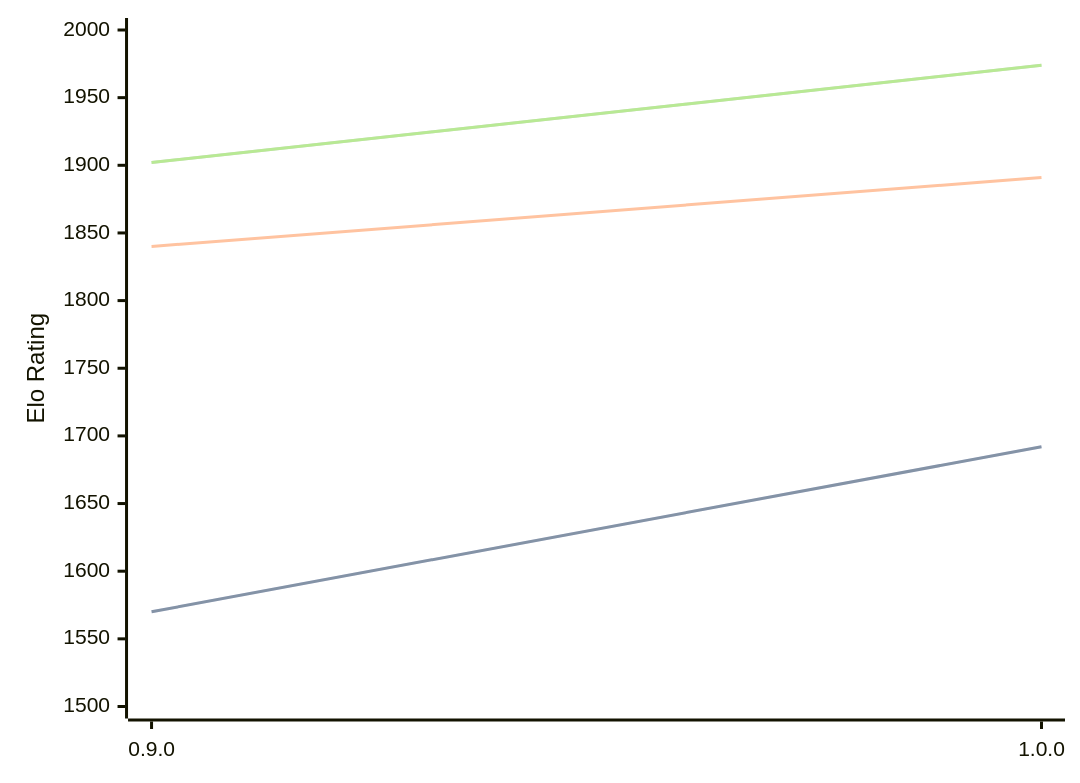
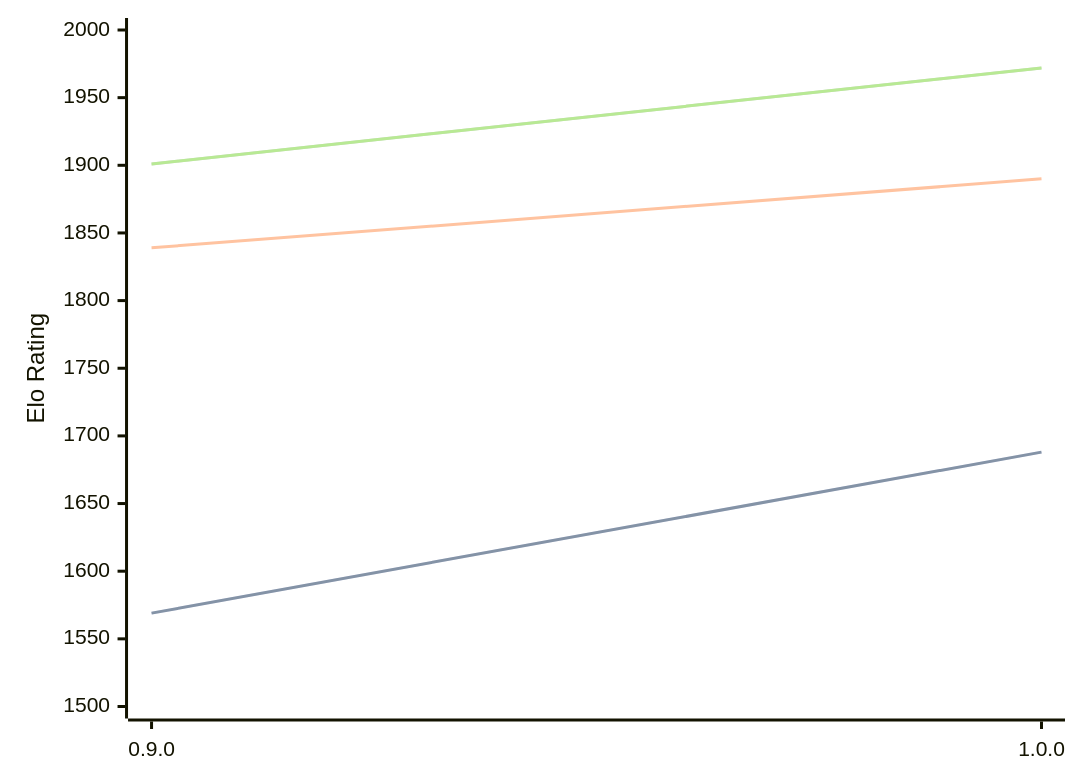
The diagram in engines/Ratsu.md (computer-chess-index/cci), drawn with Mermaid before and after one commit. The commit also changed other lines of this file, not shown here.

Commit message:
Update CCI Ratings (ELO VLTC) - 2026-03-05

````diff
--- a/engines/Ratsu.md
+++ b/engines/Ratsu.md
@@ -30,11 +30,11 @@
 ```mermaid
 %%{init: {"theme":"base","themeVariables":{"seriesColors:['#a3a3a3','#222221','#faa371']}}}%%
 xychart-beta
   x-axis ["0.9.0", "1.0.0"]
   y-axis "Elo Rating" 1500 --> 2000
-  line "STC (8.0+0.08s)" [1570, 1692]
-  line "STC (8.0+0.08s)" [1570, 1692]
-  line "LTC (60.0+0.60s)" [1840, 1891]
-  line "VLTC (2m24s+1.12s)" [1902, 1974]
-  line "VLTC (2m24s+1.12s)" [1902, 1974]
+  line "STC (8.0+0.08s)" [1569, 1688]
+  line "STC (8.0+0.08s)" [1569, 1688]
+  line "LTC (60.0+0.60s)" [1839, 1890]
+  line "VLTC (2m24s+1.12s)" [1901, 1972]
+  line "VLTC (2m24s+1.12s)" [1901, 1972]
 ```
````
